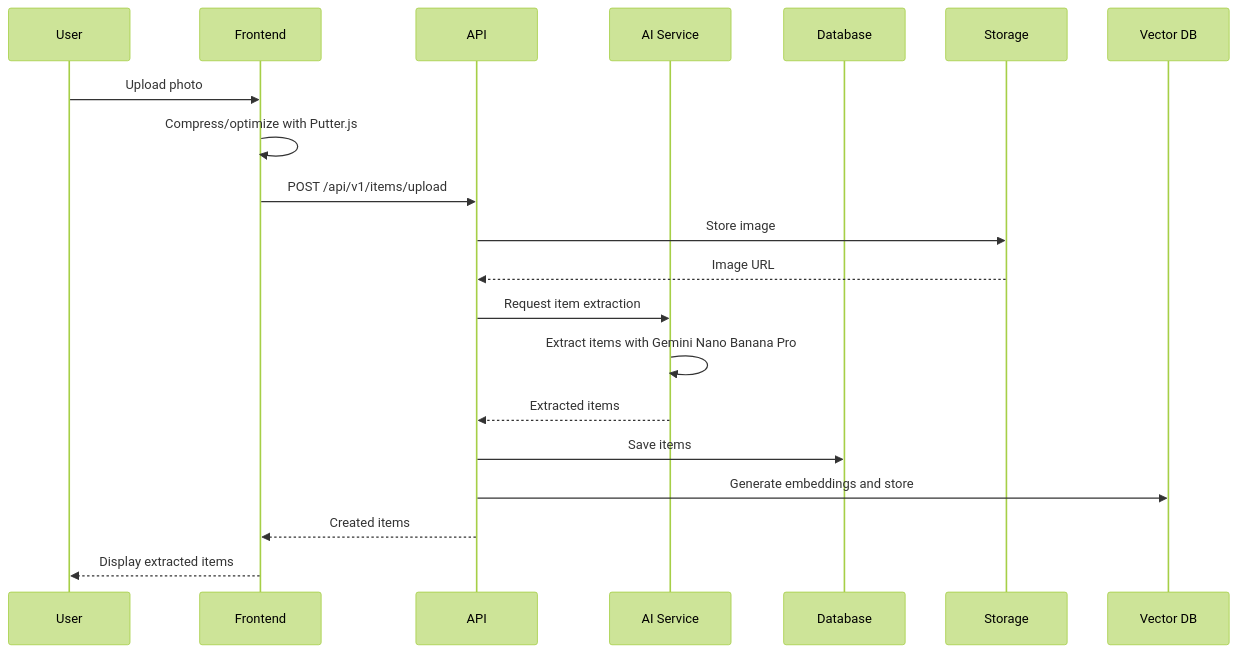
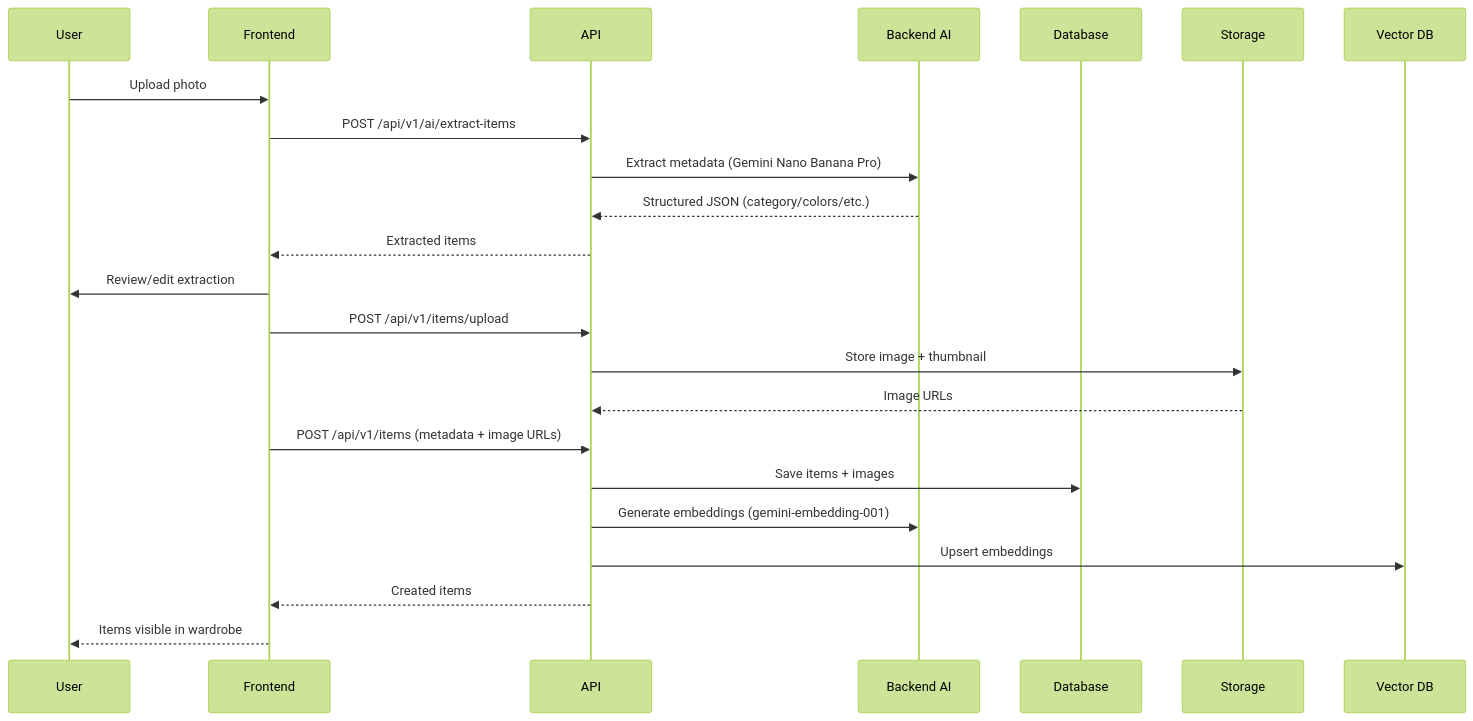
The sixth of 11 diagrams in docs/2-technical/architecture.md (360ghar/fitcheck-ai), drawn with Mermaid (forest theme) before and after one commit. The commit also changed other lines of this file and 204 other files, not shown here.

````diff
--- a/docs/2-technical/architecture.md
+++ b/docs/2-technical/architecture.md
@@ -358,23 +295,26 @@
 ```mermaid
 sequenceDiagram
     participant U as User
     participant FE as Frontend
     participant API as API
-    participant AI as AI Service
+    participant AI as Backend AI
     participant DB as Database
     participant Storage as Storage
     participant VecDB as Vector DB
 
     U->>FE: Upload photo
-    FE->>FE: Compress/optimize with Putter.js
+    FE->>API: POST /api/v1/ai/extract-items
+    API->>AI: Extract metadata (Gemini Nano Banana Pro)
+    AI-->>API: Structured JSON (category/colors/etc.)
+    API-->>FE: Extracted items
+    FE->>U: Review/edit extraction
     FE->>API: POST /api/v1/items/upload
-    API->>Storage: Store image
-    Storage-->>API: Image URL
-    API->>AI: Request item extraction
-    AI->>AI: Extract items with Gemini Nano Banana Pro
-    AI-->>API: Extracted items
-    API->>DB: Save items
-    API->>VecDB: Generate embeddings and store
+    API->>Storage: Store image + thumbnail
+    Storage-->>API: Image URLs
+    FE->>API: POST /api/v1/items (metadata + image URLs)
+    API->>DB: Save items + images
+    API->>AI: Generate embeddings (gemini-embedding-001)
+    API->>VecDB: Upsert embeddings
     API-->>FE: Created items
-    FE-->>U: Display extracted items
+    FE-->>U: Items visible in wardrobe
 ```
````
